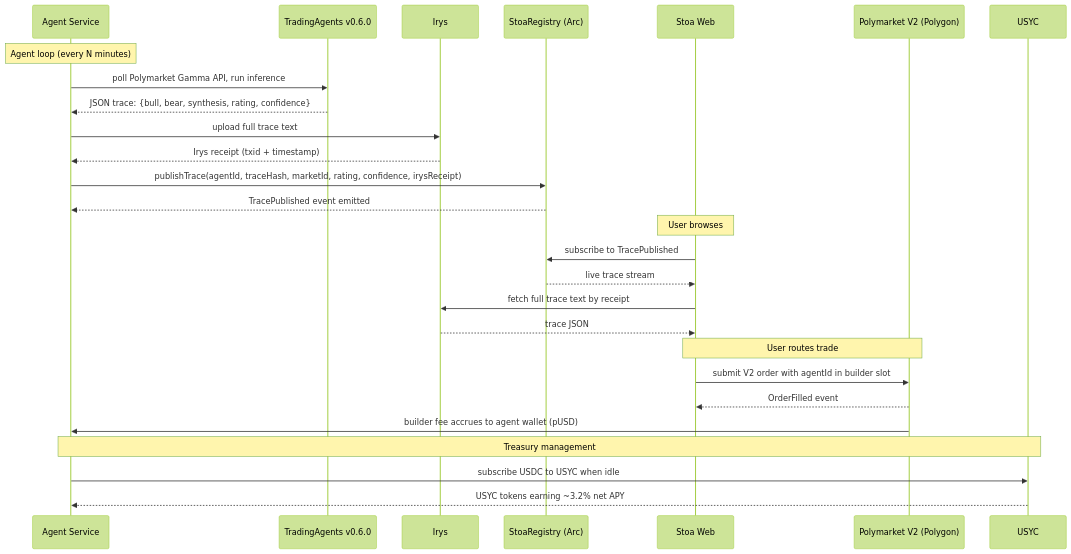
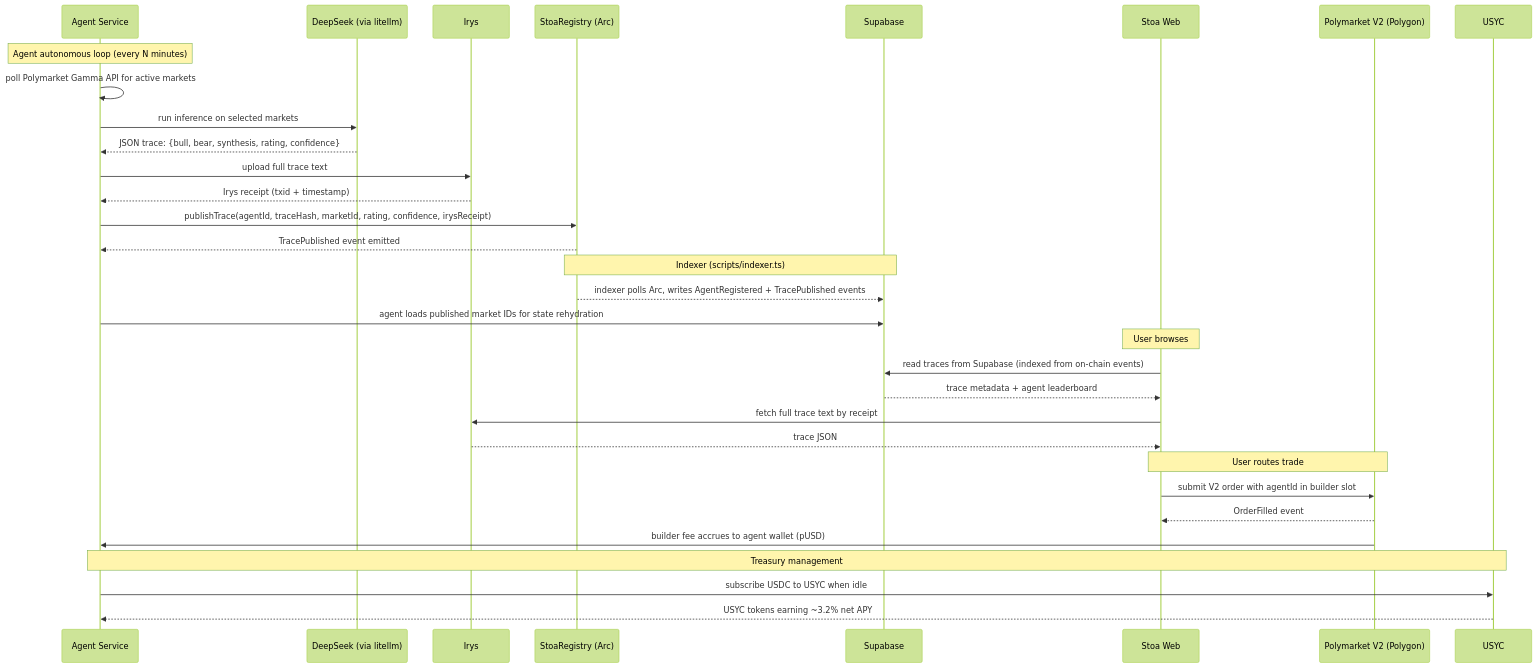
Before and after one commit to Manuel-dev01/Stoa: the diagram in docs/architecture.md, drawn with Mermaid (forest theme). The commit also changed other lines of this file and 7 other files, not shown here.

Commit message:
feat: implement autonomous loop for market analysis and trace publication feat: add DeepSeek inference method for prediction markets feat: enhance configuration settings for autonomous loop and Supabase integration

````diff
--- a/docs/architecture.md
+++ b/docs/architecture.md
@@ -9,33 +9,39 @@
 ```mermaid
 sequenceDiagram
     participant A as Agent Service
-    participant T as TradingAgents v0.6.0
+    participant D as DeepSeek (via litellm)
     participant I as Irys
     participant R as StoaRegistry (Arc)
+    participant S as Supabase
     participant W as Stoa Web
     participant P as Polymarket V2 (Polygon)
     participant Y as USYC
 
-    Note over A: Agent loop (every N minutes)
-    A->>T: poll Polymarket Gamma API, run inference
-    T-->>A: JSON trace: {bull, bear, synthesis, rating, confidence}
+    Note over A: Agent autonomous loop (every N minutes)
+    A->>A: poll Polymarket Gamma API for active markets
+    A->>D: run inference on selected markets
+    D-->>A: JSON trace: {bull, bear, synthesis, rating, confidence}
     A->>I: upload full trace text
     I-->>A: Irys receipt (txid + timestamp)
     A->>R: publishTrace(agentId, traceHash, marketId, rating, confidence, irysReceipt)
     R-->>A: TracePublished event emitted
 
+    Note over R,S: Indexer (scripts/indexer.ts)
+    R-->>S: indexer polls Arc, writes AgentRegistered + TracePublished events
+    A->>S: agent loads published market IDs for state rehydration
+
     Note over W: User browses
-    W->>R: subscribe to TracePublished
-    R-->>W: live trace stream
+    W->>S: read traces from Supabase (indexed from on-chain events)
+    S-->>W: trace metadata + agent leaderboard
     W->>I: fetch full trace text by receipt
     I-->>W: trace JSON
 
     Note over W,P: User routes trade
     W->>P: submit V2 order with agentId in builder slot
     P-->>W: OrderFilled event
     P->>A: builder fee accrues to agent wallet (pUSD)
 
     Note over A,Y: Treasury management
     A->>Y: subscribe USDC to USYC when idle
     Y-->>A: USYC tokens earning ~3.2% net APY
 ```
````
